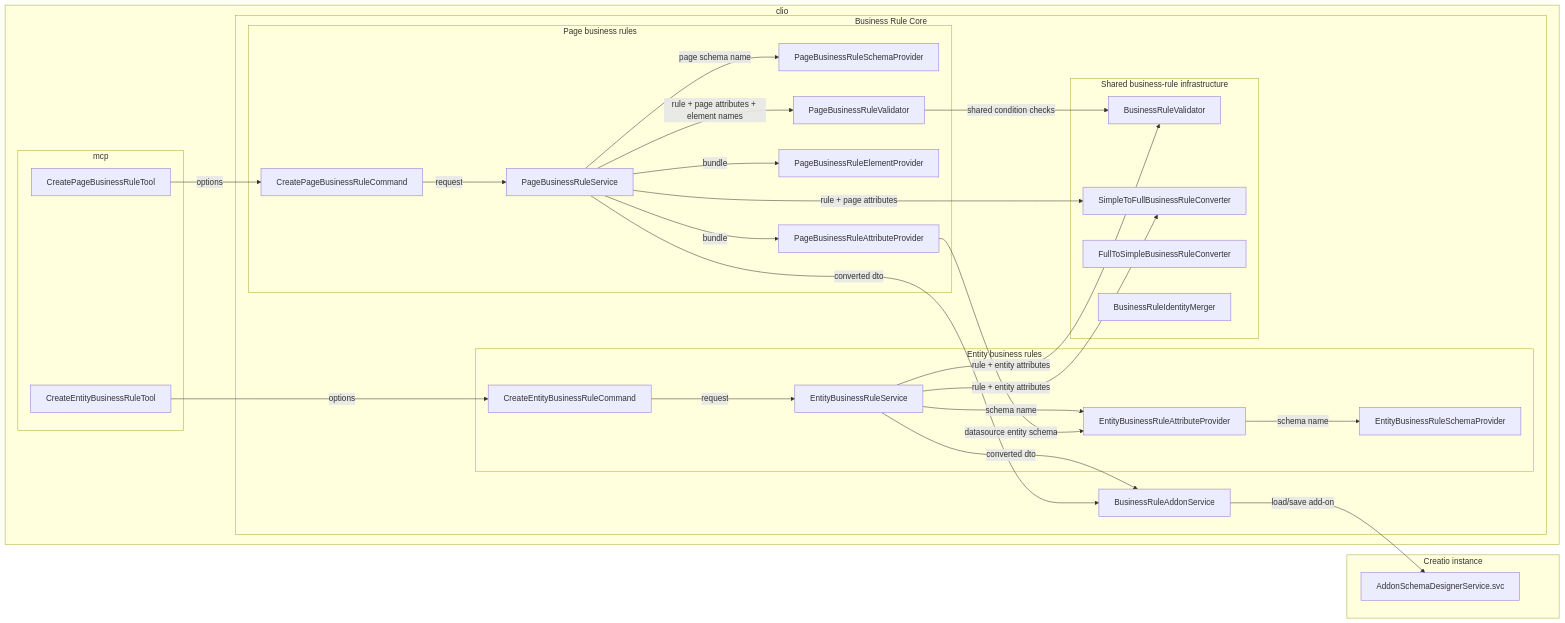
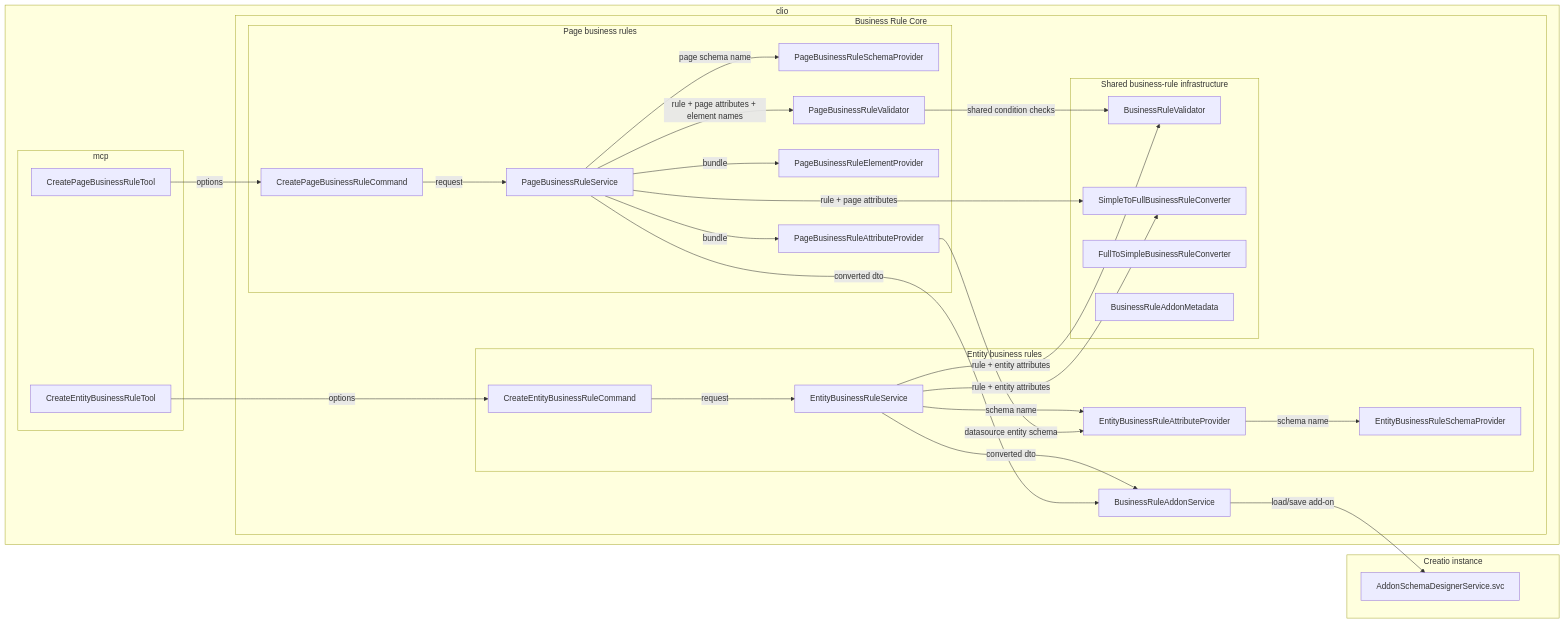
One commit to Advance-Technologies-Foundation/clio changed the diagram in spec/business-rules/business-rules-architecture.md. Above: the diagram before and after it, drawn with Mermaid. The commit also changed other lines of this file and 16 other files, not shown here.

````diff
--- a/spec/business-rules/business-rules-architecture.md
+++ b/spec/business-rules/business-rules-architecture.md
@@ -9,61 +9,61 @@
 ```mermaid
 flowchart LR
     subgraph Clio["clio"]
         subgraph MCP["mcp"]
             EntityTool["CreateEntityBusinessRuleTool"]
             PageTool["CreatePageBusinessRuleTool"]
         end
 
         subgraph Core["Business Rule Core"]
             subgraph EntityCore["Entity business rules"]
                 EntityCommand["CreateEntityBusinessRuleCommand"]
                 EntityService["EntityBusinessRuleService"]
                 EntitySchemaProvider["EntityBusinessRuleSchemaProvider"]
                 EntityAttributeProvider["EntityBusinessRuleAttributeProvider"]
             end
 
             subgraph PageCore["Page business rules"]
                 PageCommand["CreatePageBusinessRuleCommand"]
                 PageService["PageBusinessRuleService"]
                 PageSchemaProvider["PageBusinessRuleSchemaProvider"]
                 PageAttributeProvider["PageBusinessRuleAttributeProvider"]
                 PageElementProvider["PageBusinessRuleElementProvider"]
                 PageValidator["PageBusinessRuleValidator"]
             end
 
             subgraph SharedCore["Shared business-rule infrastructure"]
                 Validator["BusinessRuleValidator"]
                 Converter["SimpleToFullBusinessRuleConverter"]
                 Reader["FullToSimpleBusinessRuleConverter"]
-                Mergeer["BusinessRuleIdentityMerger"]
+                Metadata["BusinessRuleAddonMetadata"]
             end
 
             AddonService["BusinessRuleAddonService"]
         end
     end
 
     subgraph Creatio["Creatio instance"]
         Addon["AddonSchemaDesignerService.svc"]
     end
 
     EntityTool -->|"options"| EntityCommand
     EntityCommand -->|"request"| EntityService
     EntityService -->|"schema name"| EntityAttributeProvider
     EntityAttributeProvider -->|"schema name"| EntitySchemaProvider
     EntityService -->|"rule + entity attributes"| Validator
     EntityService -->|"rule + entity attributes"| Converter
     EntityService -->|"converted dto"| AddonService
 
     PageTool -->|"options"| PageCommand
     PageCommand -->|"request"| PageService
     PageService -->|"page schema name"| PageSchemaProvider
     PageService -->|"bundle"| PageAttributeProvider
     PageAttributeProvider -->|"datasource entity schema"| EntityAttributeProvider
     PageService -->|"bundle"| PageElementProvider
     PageService -->|"rule + page attributes + element names"| PageValidator
     PageValidator -->|"shared condition checks"| Validator
     PageService -->|"rule + page attributes"| Converter
     PageService -->|"converted dto"| AddonService
 
     AddonService -->|"load/save add-on"| Addon
 ```
````
